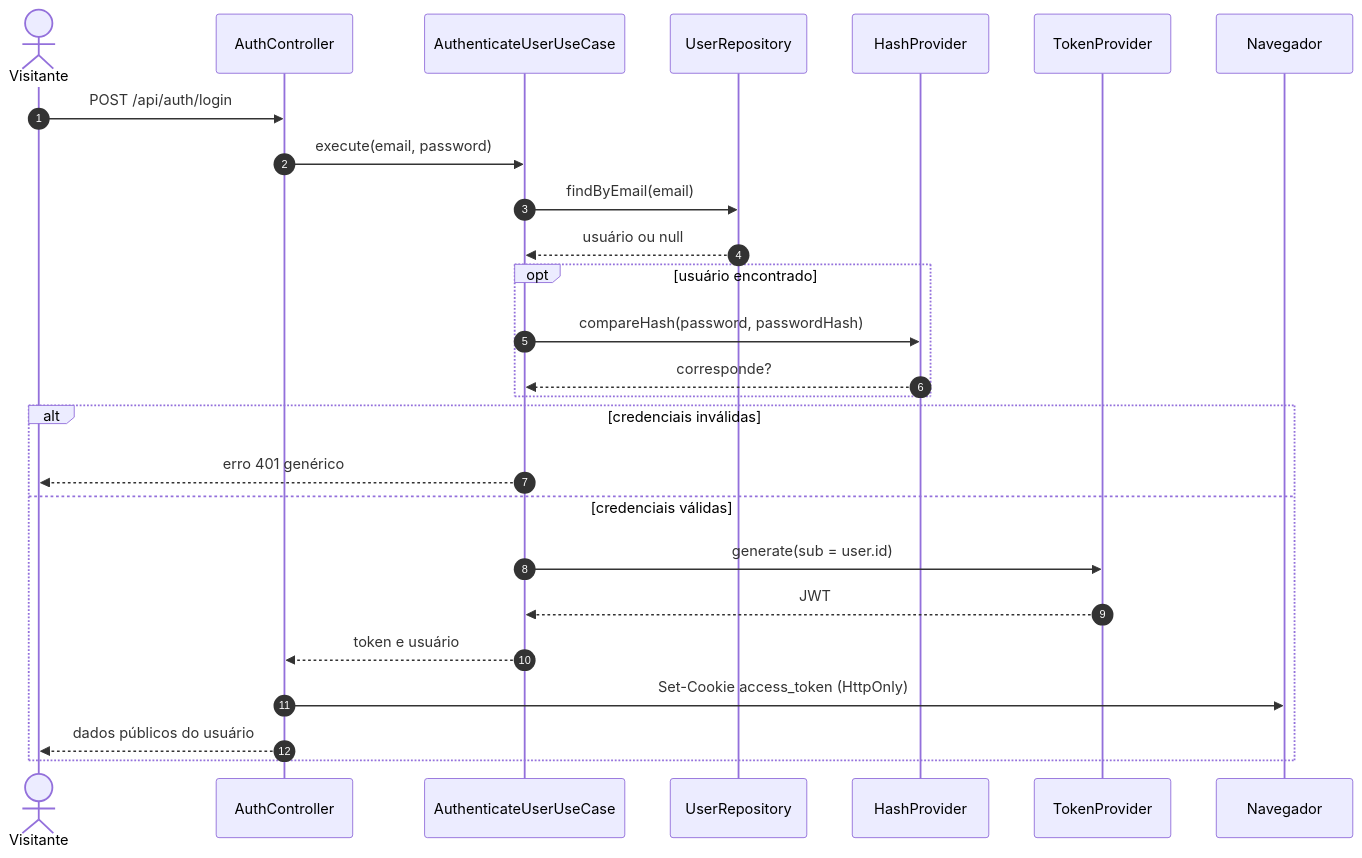
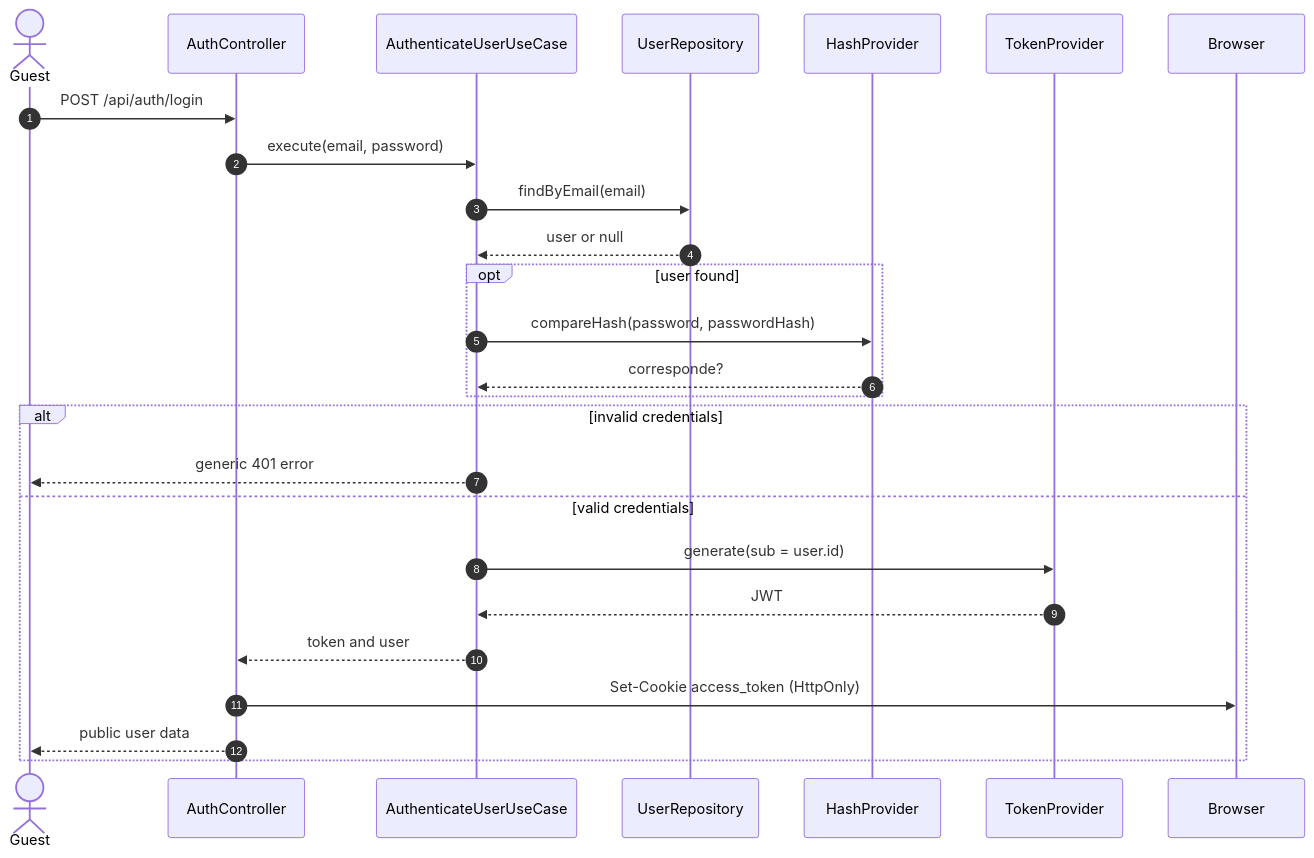
Before and after one commit to Lucalopezz/DevLog: the second of 6 diagrams in docs/diagrams/sequences/account-and-tags.md, drawn with Mermaid. The commit also changed other lines of this file and 235 other files, not shown here.

````diff
--- a/docs/diagrams/sequences/account-and-tags.md
+++ b/docs/diagrams/sequences/account-and-tags.md
@@ -43,29 +43,29 @@
 ```mermaid
 sequenceDiagram
     autonumber
-    actor Visitante
+    actor Guest
     participant C as AuthController
     participant UC as AuthenticateUserUseCase
     participant URepo as UserRepository
     participant Hash as HashProvider
     participant Token as TokenProvider
-    participant Browser as Navegador
+    participant Browser as Browser
 
-    Visitante->>C: POST /api/auth/login
+    Guest->>C: POST /api/auth/login
     C->>UC: execute(email, password)
     UC->>URepo: findByEmail(email)
-    URepo-->>UC: usuário ou null
-    opt usuário encontrado
+    URepo-->>UC: user or null
+    opt user found
         UC->>Hash: compareHash(password, passwordHash)
         Hash-->>UC: corresponde?
     end
-    alt credenciais inválidas
-        UC-->>Visitante: erro 401 genérico
-    else credenciais válidas
+    alt invalid credentials
+        UC-->>Guest: generic 401 error
+    else valid credentials
         UC->>Token: generate(sub = user.id)
         Token-->>UC: JWT
-        UC-->>C: token e usuário
+        UC-->>C: token and user
         C->>Browser: Set-Cookie access_token (HttpOnly)
-        C-->>Visitante: dados públicos do usuário
+        C-->>Guest: public user data
     end
 ```
````
